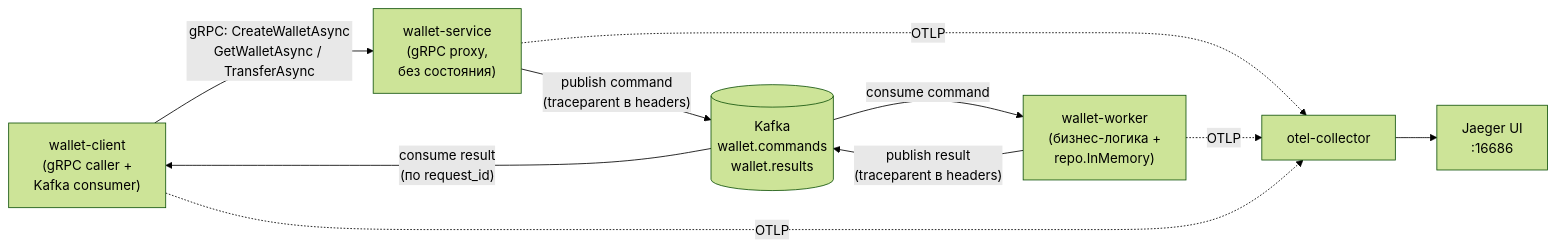
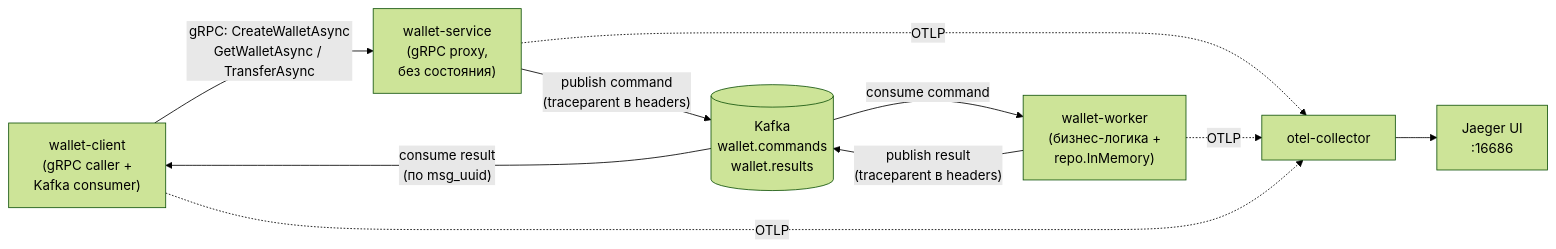
The diagram in README.md (maratnek/wallet-service-claude), drawn with Mermaid (forest theme) before and after one commit. The commit also changed other lines of this file and 10 other files, not shown here.

Commit message:
request_id to msg_uuid

````diff
--- a/README.md
+++ b/README.md
@@ -45,20 +45,20 @@
 ```mermaid
 flowchart LR
     C["wallet-client\n(gRPC caller +\nKafka consumer)"]
     S["wallet-service\n(gRPC proxy,\nбез состояния)"]
     K[("Kafka\nwallet.commands\nwallet.results")]
     W["wallet-worker\n(бизнес-логика +\nrepo.InMemory)"]
     OC["otel-collector"]
     J["Jaeger UI\n:16686"]
 
     C -- "gRPC: CreateWalletAsync\nGetWalletAsync / TransferAsync" --> S
     S -- "publish command\n(traceparent в headers)" --> K
     K -- "consume command" --> W
     W -- "publish result\n(traceparent в headers)" --> K
-    K -- "consume result\n(по request_id)" --> C
+    K -- "consume result\n(по msg_uuid)" --> C
 
     S -. OTLP .-> OC
     W -. OTLP .-> OC
     C -. OTLP .-> OC
     OC --> J
 ```
````
